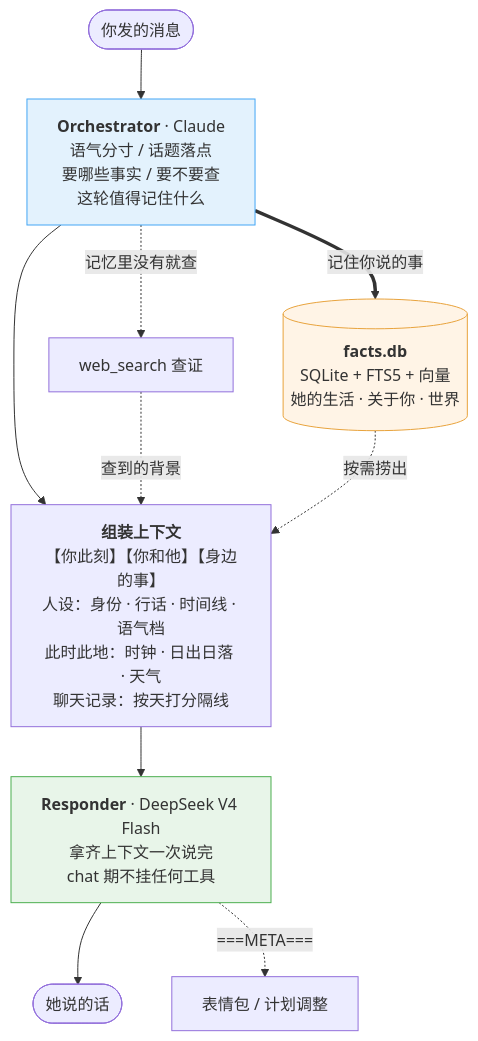
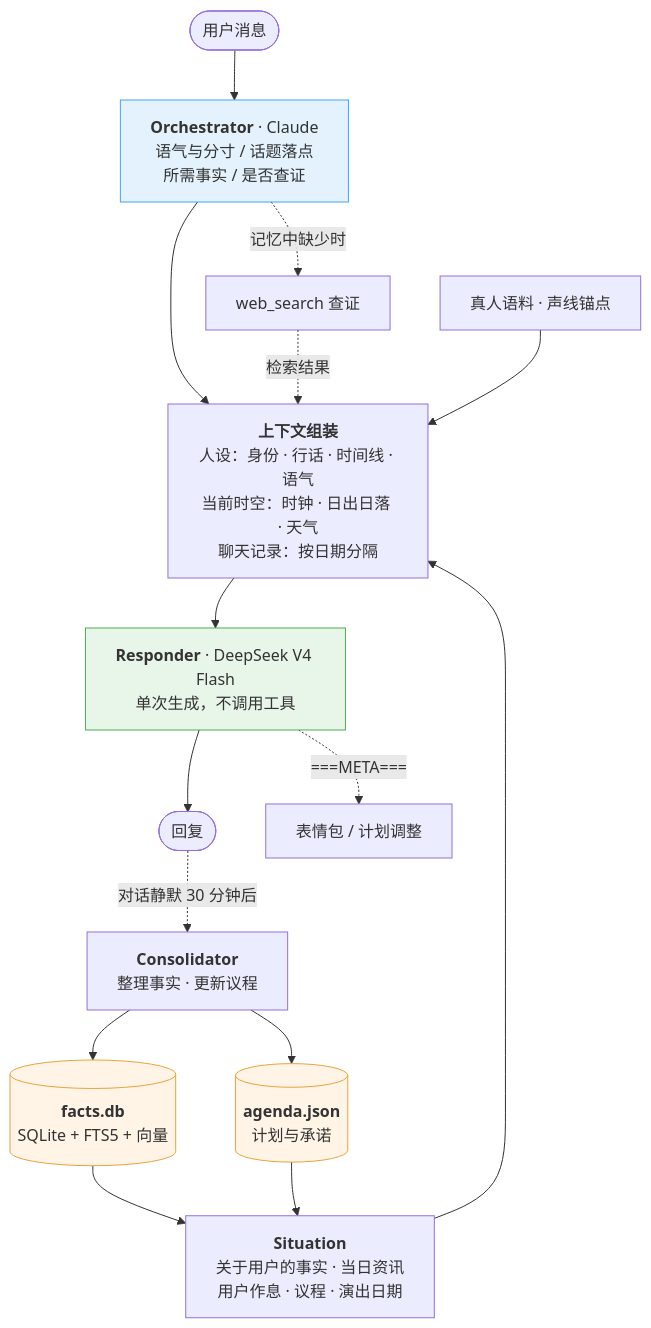
The first of 2 diagrams in README.md (SnowWarri0r/lingxi), drawn with Mermaid before and after one commit. The commit also changed other lines of this file and 1 other file, not shown here.

````diff
--- a/README.md
+++ b/README.md
@@ -69,25 +105,35 @@
 ```mermaid
 flowchart TB
-    U(["你发的消息"]) --> ORCH
+    U(["用户消息"]) --> ORCH
 
-    ORCH["<b>Orchestrator</b> · Claude<br/>语气分寸 / 话题落点<br/>要哪些事实 / 要不要查<br/>这轮值得记住什么"]
+    ORCH["<b>Orchestrator</b> · Claude<br/>语气与分寸 / 话题落点<br/>所需事实 / 是否查证"]
 
-    ORCH -. "记忆里没有就查" .-> LOOKUP["web_search 查证"]
-    ORCH == "记住你说的事" ==> DB
-    DB[("<b>facts.db</b><br/>SQLite + FTS5 + 向量<br/>她的生活 · 关于你 · 世界")]
+    ORCH -. "记忆中缺少时" .-> LOOKUP["web_search 查证"]
+
+    SIT["<b>Situation</b><br/>关于用户的事实 · 当日资讯<br/>用户作息 · 议程 · 演出日期"]
+    DB[("<b>facts.db</b><br/>SQLite + FTS5 + 向量")]
+    AG[("<b>agenda.json</b><br/>计划与承诺")]
+    DB --> SIT
+    AG --> SIT
 
     ORCH --> CTX
-    LOOKUP -. "查到的背景" .-> CTX
-    DB -. "按需捞出" .-> CTX
+    SIT --> CTX
+    LOOKUP -. "检索结果" .-> CTX
+    FS["真人语料 · 声线锚点"] --> CTX
 
-    CTX["<b>组装上下文</b><br/>【你此刻】【你和他】【身边的事】<br/>人设：身份 · 行话 · 时间线 · 语气档<br/>此时此地：时钟 · 日出日落 · 天气<br/>聊天记录：按天打分隔线"]
+    CTX["<b>上下文组装</b><br/>人设：身份 · 行话 · 时间线 · 语气<br/>当前时空：时钟 · 日出日落 · 天气<br/>聊天记录：按日期分隔"]
 
-    CTX --> RESP["<b>Responder</b> · DeepSeek V4 Flash<br/>拿齐上下文一次说完<br/>chat 期不挂任何工具"]
+    CTX --> RESP["<b>Responder</b> · DeepSeek V4 Flash<br/>单次生成，不调用工具"]
 
-    RESP --> OUT(["她说的话"])
+    RESP --> OUT(["回复"])
     RESP -. "===META===" .-> META["表情包 / 计划调整"]
 
+    OUT -. "对话静默 30 分钟后" .-> CONS["<b>Consolidator</b><br/>整理事实 · 更新议程"]
+    CONS --> DB
+    CONS --> AG
+
     style DB fill:#fff4e6,stroke:#e8a33d
+    style AG fill:#fff4e6,stroke:#e8a33d
     style RESP fill:#e8f5e9,stroke:#4caf50
     style ORCH fill:#e3f2fd,stroke:#42a5f5
 ```
````
